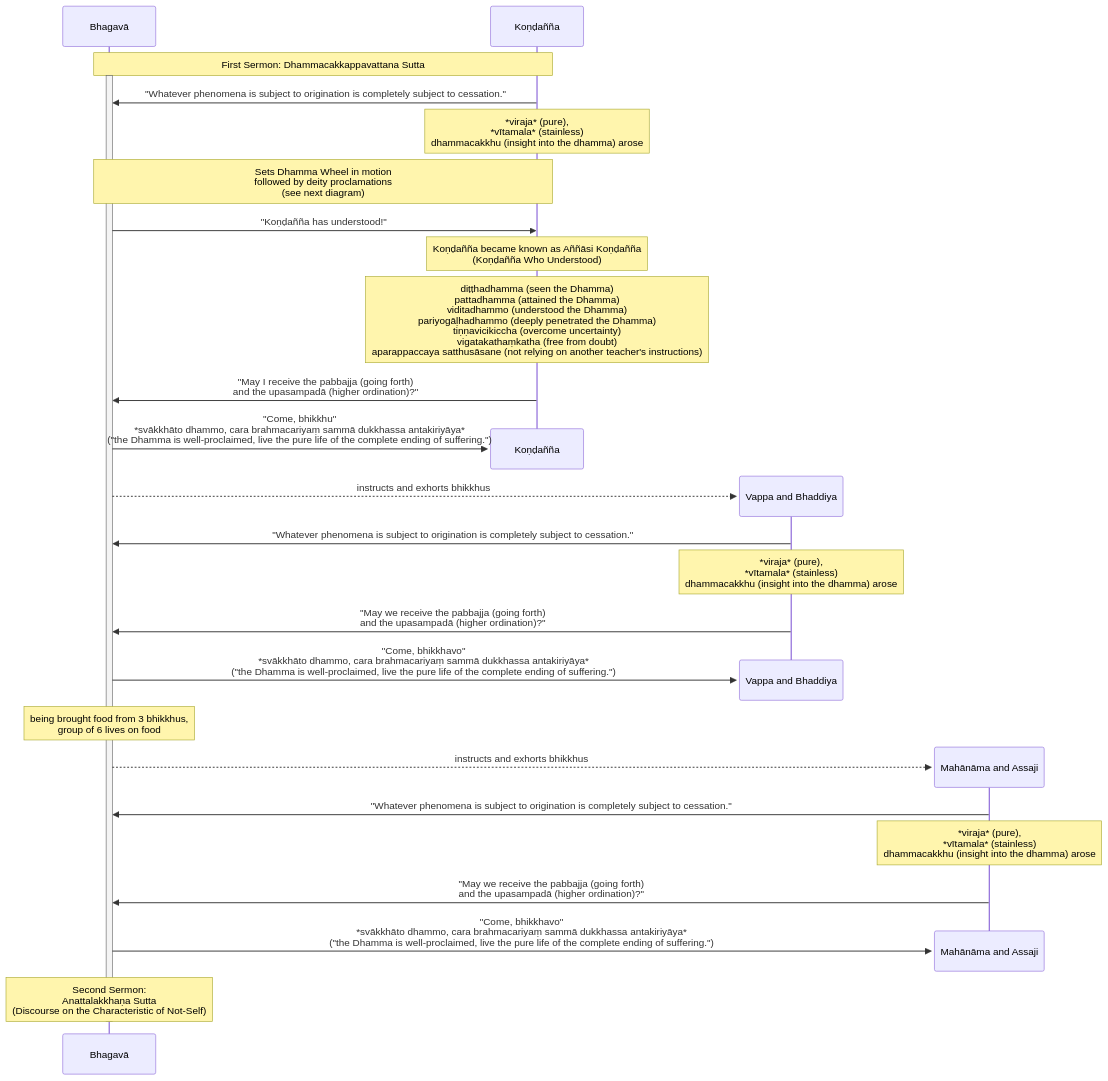
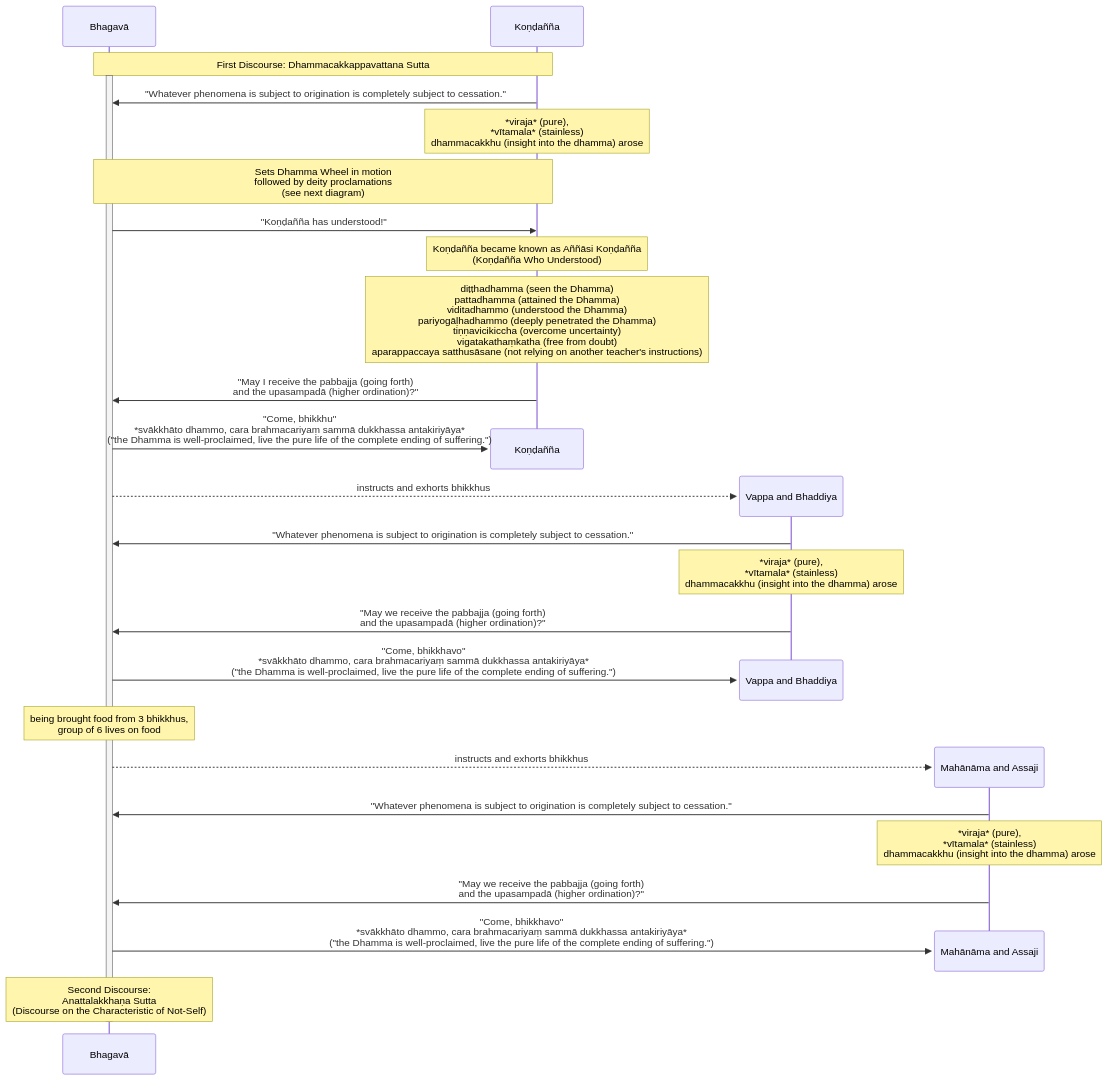
One commit to ChristineTham/tidipa changed the tenth of 14 diagrams in content/Khandhaka/1.6.md. Above: the diagram before and after it, drawn with Mermaid. The commit also changed other lines of this file and 10 other files, not shown here.

````diff
--- a/content/Khandhaka/1.6.md
+++ b/content/Khandhaka/1.6.md
@@ -444,62 +444,62 @@
 ```mermaid
 sequenceDiagram
     participant B as Bhagavā
     participant K as Koṇḍañña
 
-    note over B, K: First Sermon: Dhammacakkappavattana Sutta
+    note over B, K: First Discourse: Dhammacakkappavattana Sutta
 
     activate B
 
     K->>B: "Whatever phenomena is subject to origination is completely subject to cessation."
 
     note over K: *viraja* (pure), <br> *vītamala* (stainless) <br> dhammacakkhu (insight into the dhamma) arose
 
     note over B, K: Sets Dhamma Wheel in motion<br>followed by deity proclamations<br> (see next diagram)
 
     B->>K: "Koṇḍañña has understood!"
 
     note over K: Koṇḍañña became known as Aññāsi Koṇḍañña <br>(Koṇḍañña Who Understood)
 
     note over K: diṭṭhadhamma (seen the Dhamma)<br>pattadhamma (attained the Dhamma)<br>viditadhammo (understood the Dhamma)<br>pariyogāḷhadhammo (deeply penetrated the Dhamma)<br>tiṇṇavicikiccha (overcome uncertainty)<br>vigatakathaṃkatha (free from doubt)<br>aparappaccaya satthusāsane (not relying on another teacher's instructions)
 
     K->>B: "May I receive the pabbajja (going forth) <br> and the upasampadā (higher ordination)?"
 
     destroy K
 
     B->>K: "Come, bhikkhu"<br>*svākkhāto dhammo, cara brahmacariyaṃ sammā dukkhassa antakiriyāya*<br>("the Dhamma is well-proclaimed, live the pure life of the complete ending of suffering.")
 
     create participant VB as Vappa and Bhaddiya
 
     B-->>VB: instructs and exhorts bhikkhus
 
     VB->>B: "Whatever phenomena is subject to origination is completely subject to cessation."
 
     note over VB: *viraja* (pure), <br> *vītamala* (stainless) <br> dhammacakkhu (insight into the dhamma) arose
 
     VB->>B: "May we receive the pabbajja (going forth) <br> and the upasampadā (higher ordination)?"
 
     destroy VB
 
     B->>VB: "Come, bhikkhavo"<br>*svākkhāto dhammo, cara brahmacariyaṃ sammā dukkhassa antakiriyāya*<br>("the Dhamma is well-proclaimed, live the pure life of the complete ending of suffering.")
 
     note over B: being brought food from 3 bhikkhus,<br>group of 6 lives on food
 
     create participant MA as Mahānāma and Assaji
 
     B-->>MA: instructs and exhorts bhikkhus
 
     MA->>B: "Whatever phenomena is subject to origination is completely subject to cessation."
 
     note over MA: *viraja* (pure), <br> *vītamala* (stainless) <br> dhammacakkhu (insight into the dhamma) arose
 
     MA->>B: "May we receive the pabbajja (going forth) <br> and the upasampadā (higher ordination)?"
 
     destroy MA
 
     B->>MA: "Come, bhikkhavo"<br>*svākkhāto dhammo, cara brahmacariyaṃ sammā dukkhassa antakiriyāya*<br>("the Dhamma is well-proclaimed, live the pure life of the complete ending of suffering.")
 
-    note over B: Second Sermon:<br>Anattalakkhaṇa Sutta <br>(Discourse on the Characteristic of Not-Self)
+    note over B: Second Discourse:<br>Anattalakkhaṇa Sutta <br>(Discourse on the Characteristic of Not-Self)
 
     deactivate B
 
 ```
````
